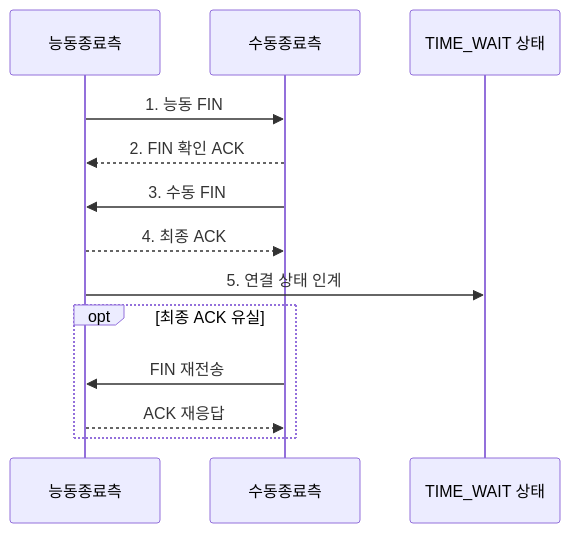
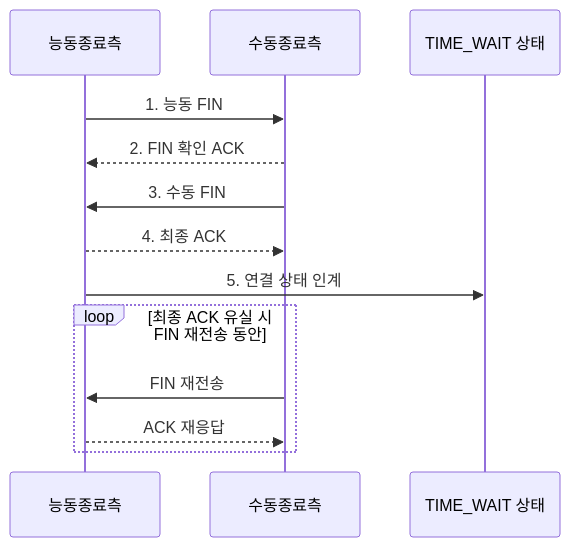
One commit to agnusdei1207/knowledge-base changed the second of 2 diagrams in src/content/docs/notes/04-network/030_time_wait_state.md. Above: the diagram before and after it, drawn with Mermaid. The commit also changed other lines of this file and 4 other files, not shown here.

````diff
--- a/src/content/docs/notes/04-network/030_time_wait_state.md
+++ b/src/content/docs/notes/04-network/030_time_wait_state.md
@@ -93,15 +93,15 @@
 ```mermaid
 sequenceDiagram
     participant 능동종료측
     participant 수동종료측
     participant TIMEWAIT상태 as TIME_WAIT 상태
     능동종료측->>수동종료측: 1. 능동 FIN
     수동종료측-->>능동종료측: 2. FIN 확인 ACK
     수동종료측->>능동종료측: 3. 수동 FIN
     능동종료측-->>수동종료측: 4. 최종 ACK
     능동종료측->>TIMEWAIT상태: 5. 연결 상태 인계
-    opt 최종 ACK 유실
+    loop 최종 ACK 유실 시 FIN 재전송 동안
         수동종료측->>능동종료측: FIN 재전송
         능동종료측-->>수동종료측: ACK 재응답
     end
 ```
````
